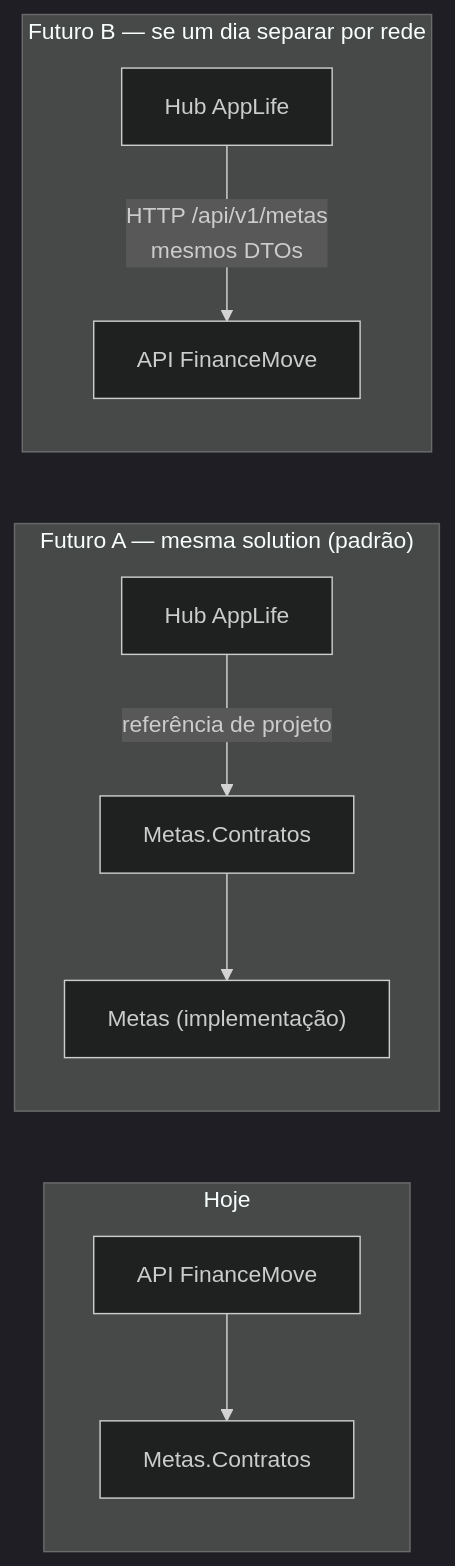
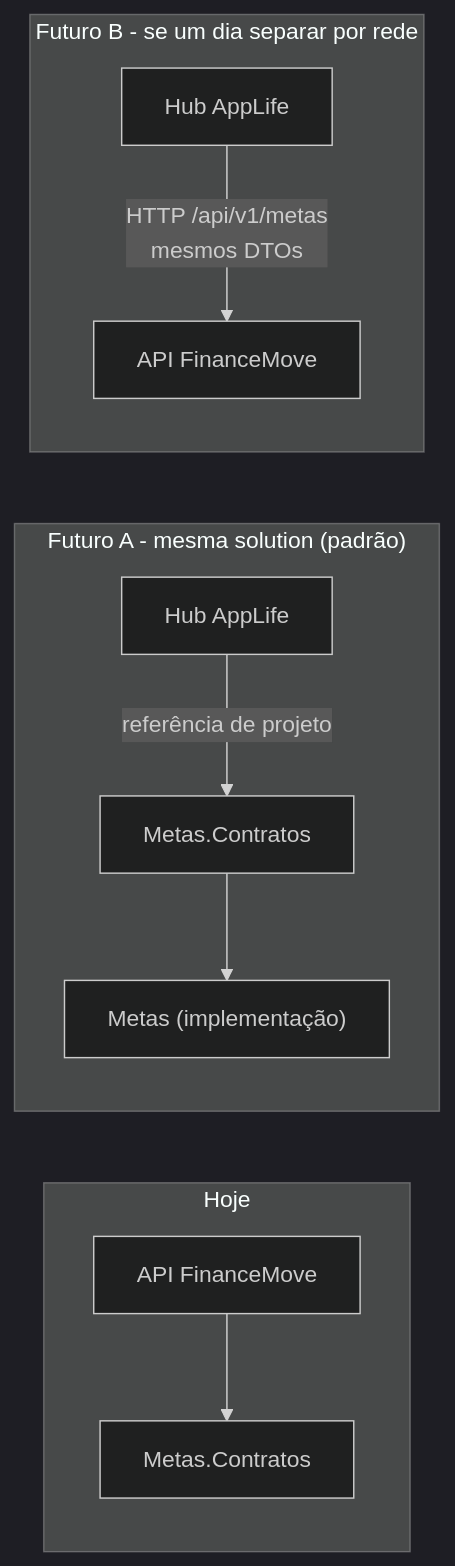
One commit to DevMoraesss/financeapp changed the third of 3 diagrams in docs/arquitetura.md. Above: the diagram before and after it, drawn with Mermaid (dark theme). The commit also changed other lines of this file and 139 other files, not shown here.

````diff
--- a/docs/arquitetura.md
+++ b/docs/arquitetura.md
@@ -135,13 +135,13 @@
 ```mermaid
 flowchart LR
     subgraph HOJE["Hoje"]
         API1["API FinanceMove"] --> MC1["Metas.Contratos"]
     end
-    subgraph CAMINHO_A["Futuro A — mesma solution (padrão)"]
+    subgraph CAMINHO_A["Futuro A - mesma solution (padrão)"]
         HUB["Hub AppLife"] -->|"referência de projeto"| MC2["Metas.Contratos"]
         MC2 --> M2["Metas (implementação)"]
     end
-    subgraph CAMINHO_B["Futuro B — se um dia separar por rede"]
+    subgraph CAMINHO_B["Futuro B - se um dia separar por rede"]
         HUB2["Hub AppLife"] -->|"HTTP /api/v1/metas<br/>mesmos DTOs"| API2["API FinanceMove"]
     end
 ```
````
